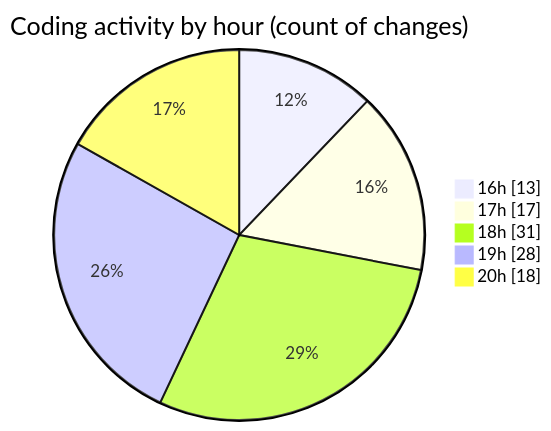
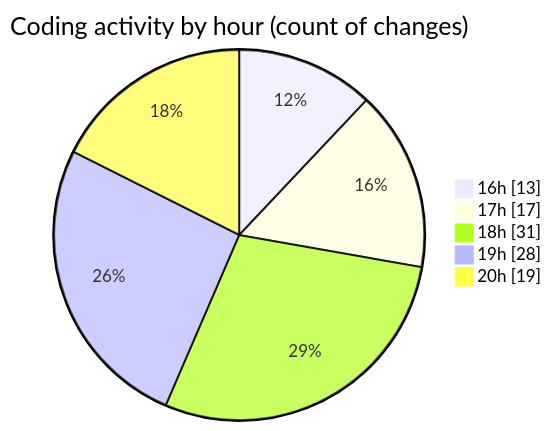
One commit to idhammustaqopulfikri/code-tracking changed the second of 2 diagrams in 2025-05-28/studio-backend/README.md. Above: the diagram before and after it, drawn with Mermaid. The commit also changed other lines of this file and 1 other file, not shown here.

````diff
--- a/2025-05-28/studio-backend/README.md
+++ b/2025-05-28/studio-backend/README.md
@@ -54,9 +54,9 @@
 ```mermaid
 pie showData
 title Coding activity by hour (count of changes)
 "16h" : 13
 "17h" : 17
 "18h" : 31
 "19h" : 28
-"20h" : 18
+"20h" : 19
 ```
````
